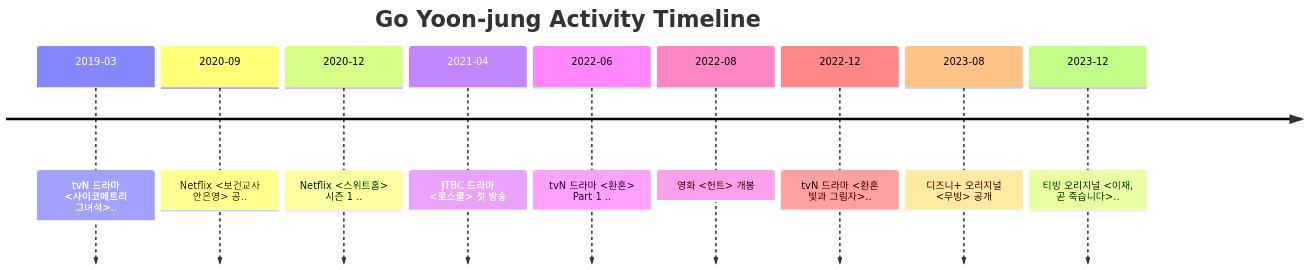
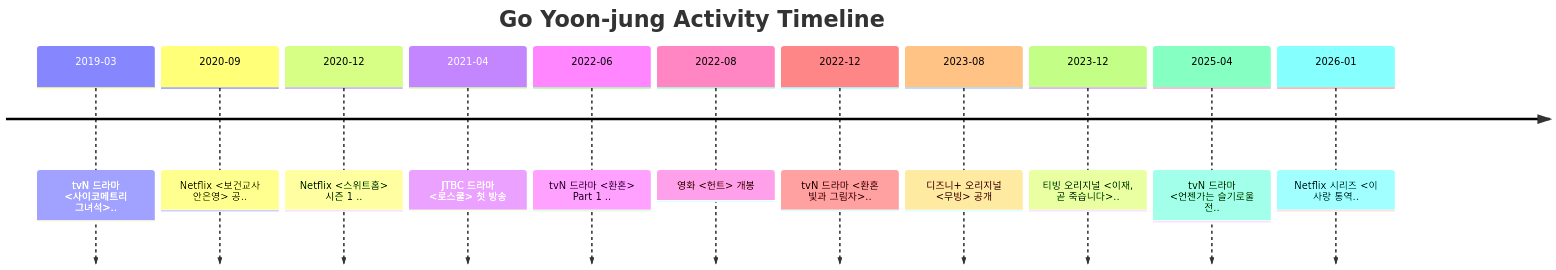
Before and after one commit to dkdleljh/goyoonjung-wiki: the diagram in pages/timeline.md, drawn with Mermaid. The commit also changed 4 other files, not shown here.

````diff
--- a/pages/timeline.md
+++ b/pages/timeline.md
@@ -4,13 +4,15 @@
 ```mermaid
 timeline
     title Go Yoon-jung Activity Timeline
     2019-03 : tvN 드라마 <사이코메트리 그녀석>..
     2020-09 : Netflix <보건교사 안은영> 공..
     2020-12 : Netflix <스위트홈> 시즌 1 ..
     2021-04 : JTBC 드라마 <로스쿨> 첫 방송
     2022-06 : tvN 드라마 <환혼> Part 1 ..
     2022-08 : 영화 <헌트> 개봉
     2022-12 : tvN 드라마 <환혼  빛과 그림자>..
     2023-08 : 디즈니+ 오리지널 <무빙> 공개
     2023-12 : 티빙 오리지널 <이재, 곧 죽습니다>..
+    2025-04 : tvN 드라마 <언젠가는 슬기로울 전..
+    2026-01 : Netflix 시리즈 <이 사랑 통역..
 ```
````
